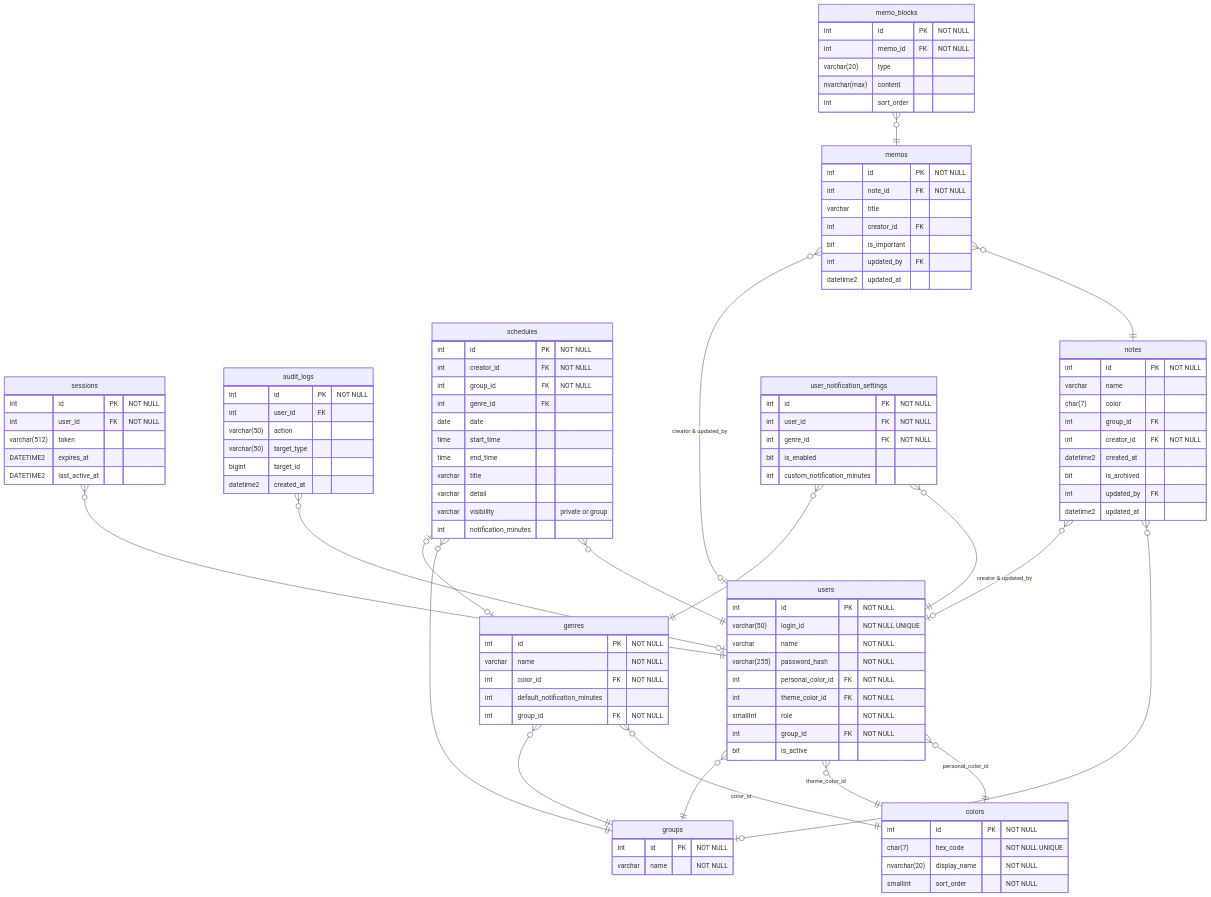
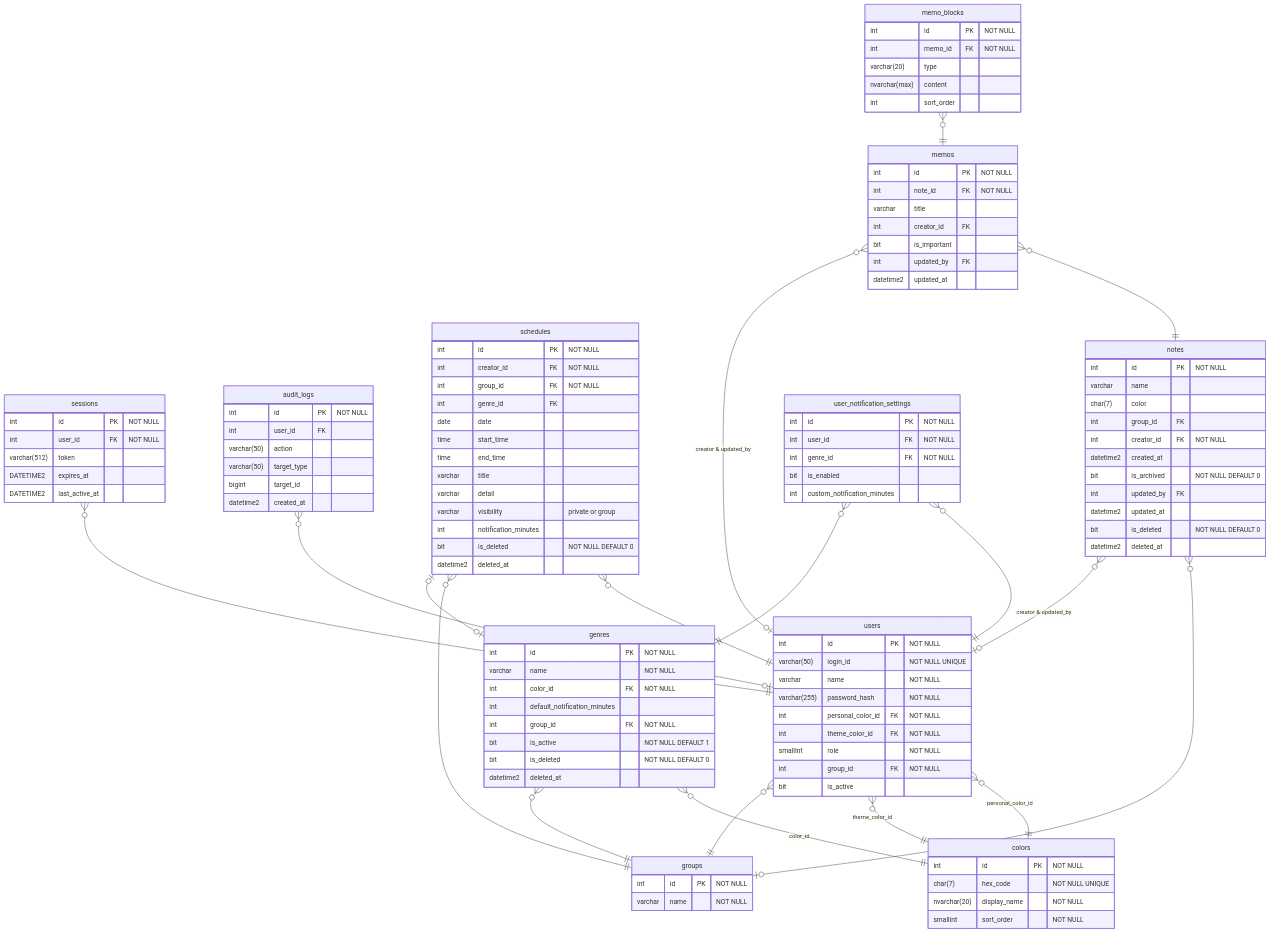
The diagram in docs/ER図.md (yossan1208/ScheduleApp), drawn with Mermaid before and after one commit. The commit also changed 7 other files, not shown here.

```diff
--- a/docs/ER図.md
+++ b/docs/ER図.md
@@ -48,6 +48,9 @@
         int color_id FK "NOT NULL"
         int default_notification_minutes
         int group_id FK "NOT NULL"
+        bit is_active "NOT NULL DEFAULT 1"
+        bit is_deleted "NOT NULL DEFAULT 0"
+        datetime2 deleted_at
     }
 
     schedules {
@@ -62,6 +65,8 @@
         varchar detail
         varchar visibility "private or group"
         int notification_minutes
+        bit is_deleted "NOT NULL DEFAULT 0"
+        datetime2 deleted_at
     }
 
     notes {
@@ -71,9 +76,11 @@
         int group_id FK
         int creator_id FK "NOT NULL"
         datetime2 created_at
-        bit is_archived
+        bit is_archived "NOT NULL DEFAULT 0"
         int updated_by FK
         datetime2 updated_at
+        bit is_deleted "NOT NULL DEFAULT 0"
+        datetime2 deleted_at
     }
 
     memos {
```
